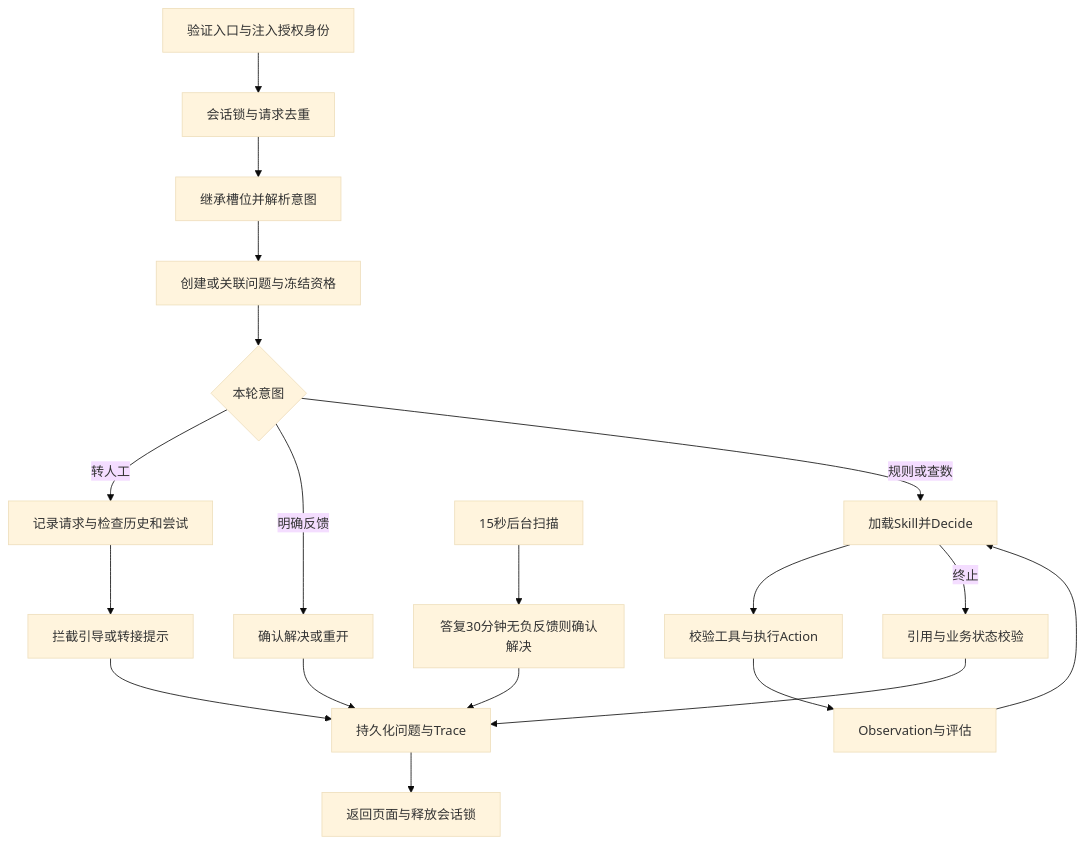
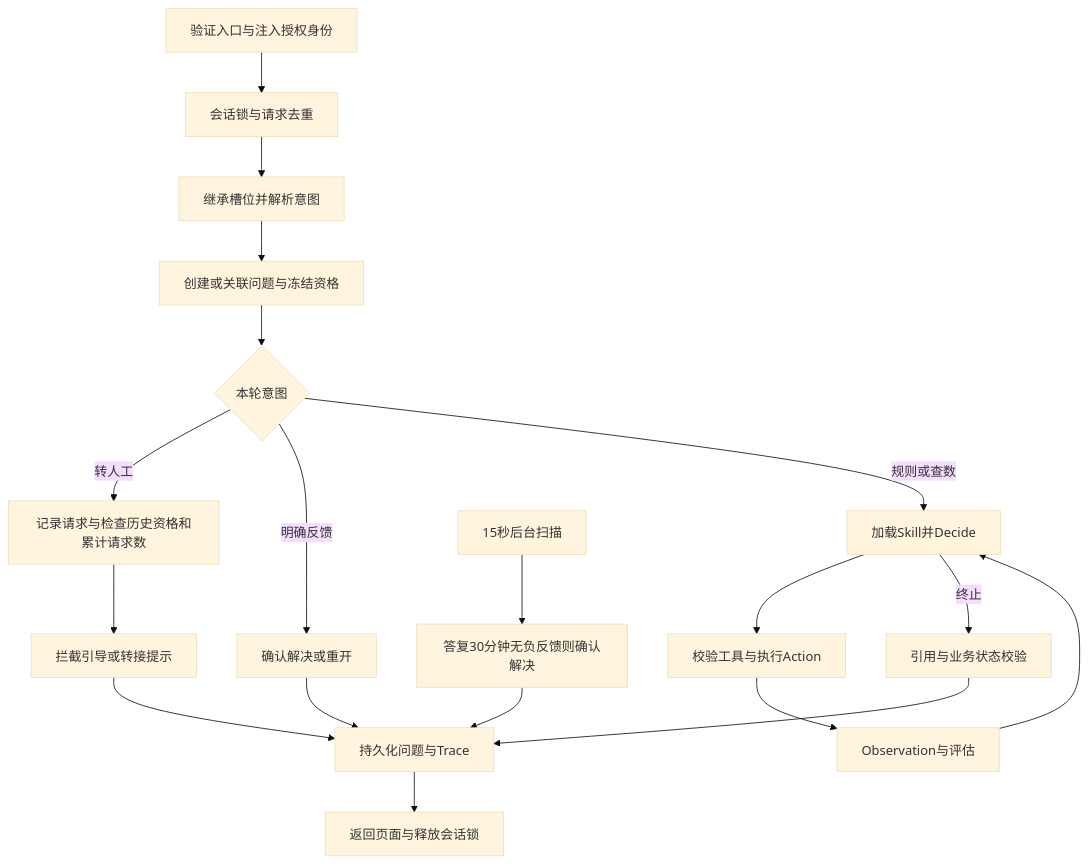
One commit to Kaedehara-Kazuhaa/consultant-react-agent changed the diagram in agent_service/docs/architecture.md. Above: the diagram before and after it, drawn with Mermaid (base theme). The commit also changed other lines of this file and 23 other files, not shown here.

````diff
--- a/agent_service/docs/architecture.md
+++ b/agent_service/docs/architecture.md
@@ -19,21 +19,21 @@
 ```mermaid
 flowchart TD
  A[验证入口与注入授权身份] --> B[会话锁与请求去重]
  B --> C[继承槽位并解析意图]
  C --> D[创建或关联问题与冻结资格]
  D --> E{本轮意图}
- E -->|转人工| F[记录请求与检查历史和尝试]
+ E -->|转人工| F[记录请求与检查历史资格和累计请求数]
  F --> G[拦截引导或转接提示]
  E -->|明确反馈| H[确认解决或重开]
  E -->|规则或查数| I[加载Skill并Decide]
  I --> J[校验工具与执行Action]
  J --> K[Observation与评估]
  K --> I
  I -->|终止| L[引用与业务状态校验]
  G --> M[持久化问题与Trace]
  H --> M
  L --> M
  M --> N[返回页面与释放会话锁]
  O[15秒后台扫描] --> P[答复30分钟无负反馈则确认解决]
  P --> M
 ```
````
